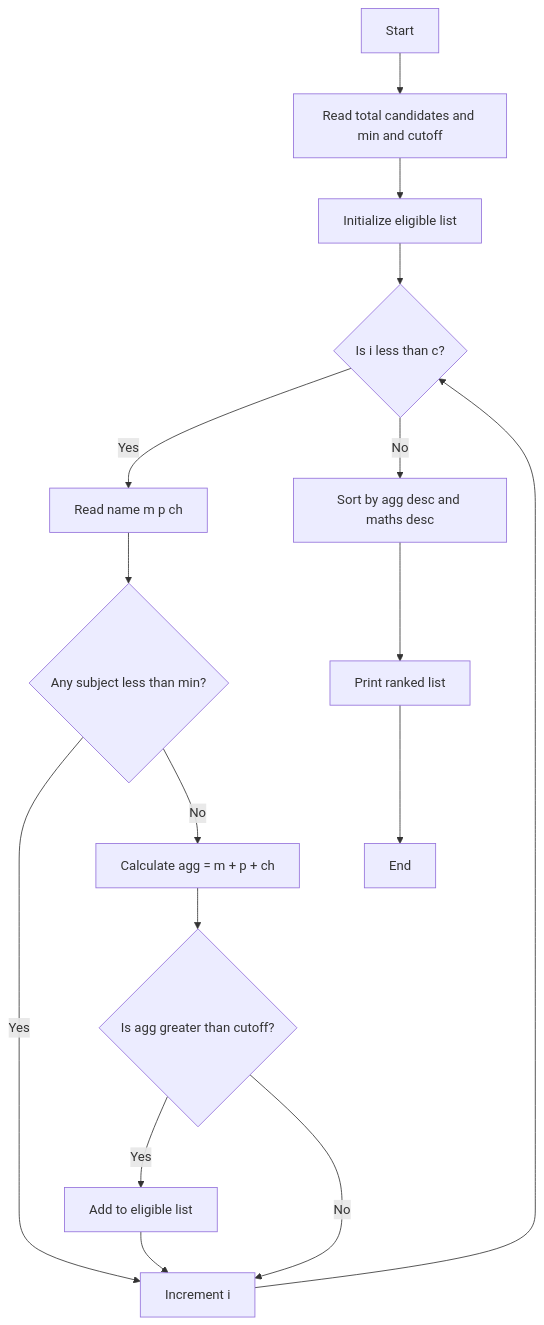
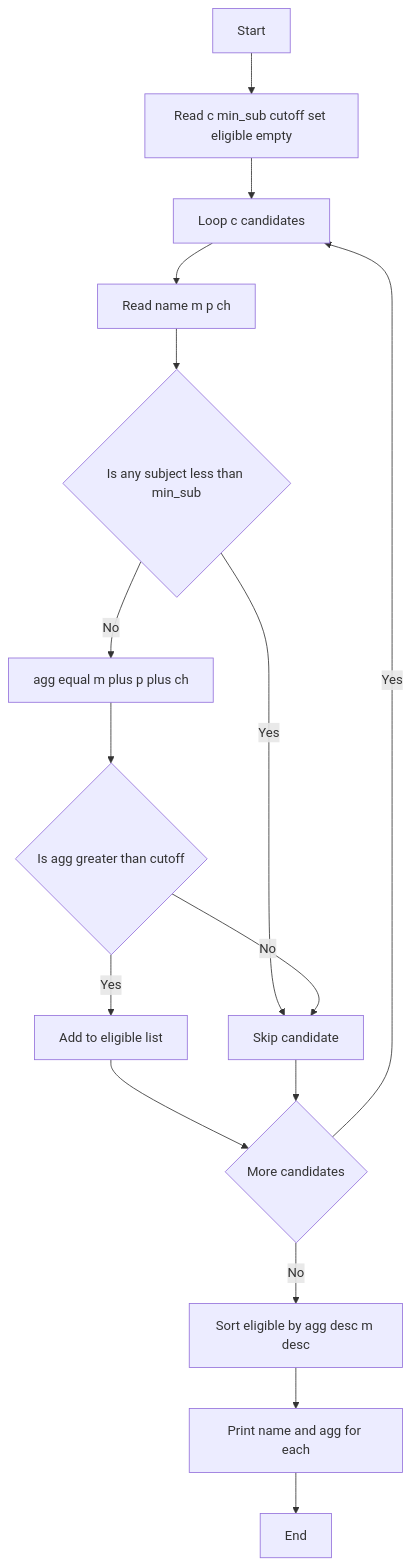
Before and after one commit to bhanusritirumala709-source/python-activity-Based-learning: the diagram in task9/code.md, drawn with Mermaid. The commit also changed other lines of this file, not shown here.

````diff
--- a/task9/code.md
+++ b/task9/code.md
@@ -6,18 +25,18 @@
 ```mermaid
 flowchart TD
-    A[Start] --> B[Read total candidates and min and cutoff]
-    B --> C[Initialize eligible list]
-    C --> D{Is i less than c?}
-    D -- Yes --> E[Read name m p ch]
-    E --> F{Any subject less than min?}
-    F -- Yes --> G[Increment i]
-    F -- No --> H[Calculate agg = m + p + ch]
-    H --> I{Is agg greater than cutoff?}
-    I -- Yes --> J[Add to eligible list]
-    I -- No --> G
-    J --> G
-    G --> D
-    D -- No --> K[Sort by agg desc and maths desc]
-    K --> L[Print ranked list]
+    A[Start] --> B[Read c min_sub cutoff set eligible empty]
+    B --> C[Loop c candidates]
+    C --> D[Read name m p ch]
+    D --> E{Is any subject less than min_sub}
+    E -- Yes --> F[Skip candidate]
+    E -- No --> G[agg equal m plus p plus ch]
+    G --> H{Is agg greater than cutoff}
+    H -- Yes --> I[Add to eligible list]
+    H -- No --> F
+    I --> J{More candidates}
+    F --> J
+    J -- Yes --> C
+    J -- No --> K[Sort eligible by agg desc m desc]
+    K --> L[Print name and agg for each]
     L --> M[End]
 ```
````
